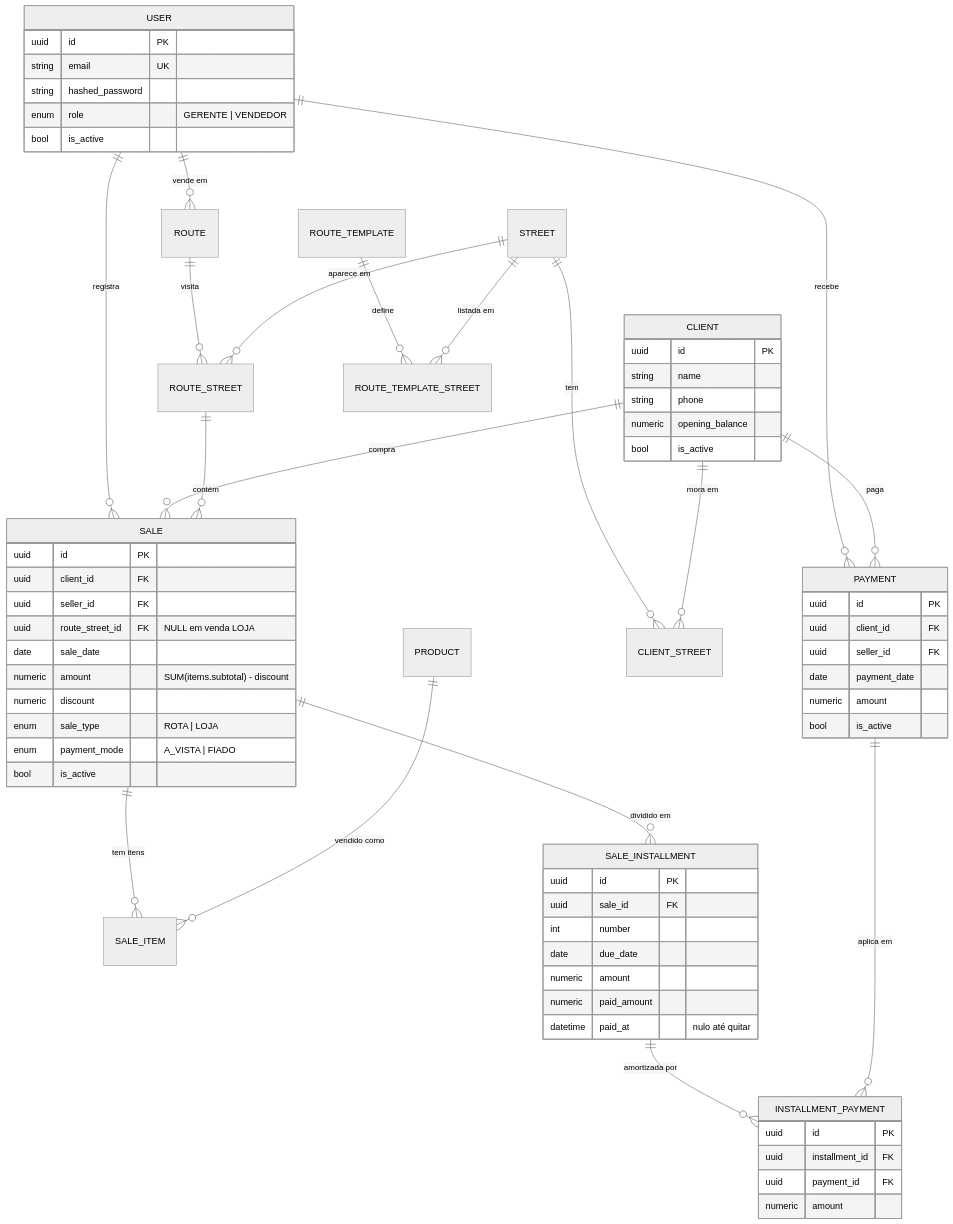
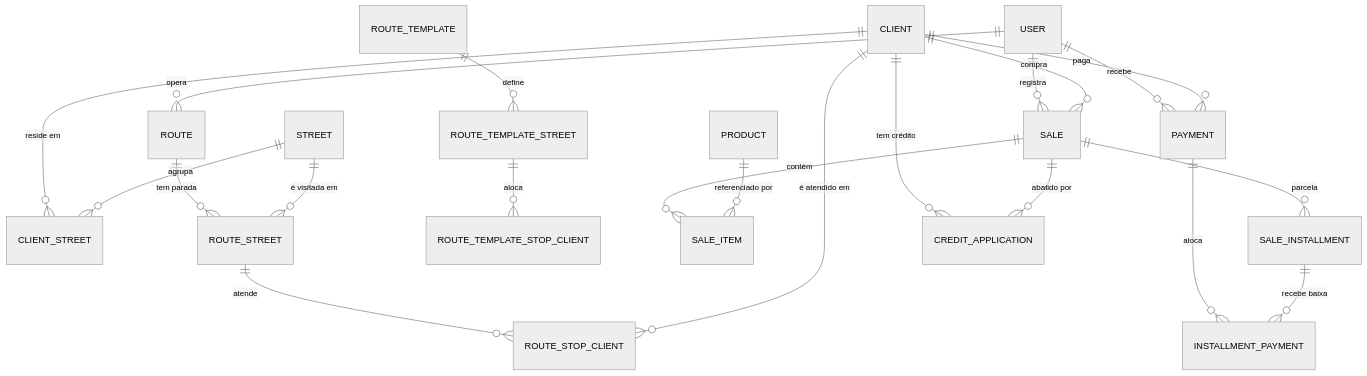
The second of 5 diagrams in ARCHITECTURE.md (Ednaniajundiai/RotaVenda-Portfolio), drawn with Mermaid (neutral theme) before and after one commit. The commit also changed other lines of this file and 185 other files, not shown here.

````diff
--- a/ARCHITECTURE.md
+++ b/ARCHITECTURE.md
@@ -52,70 +58,29 @@
 ```mermaid
 erDiagram
-    USER ||--o{ ROUTE : "vende em"
-    USER ||--o{ SALE : "registra"
-    USER ||--o{ PAYMENT : "recebe"
-    STREET ||--o{ CLIENT_STREET : "tem"
-    CLIENT ||--o{ CLIENT_STREET : "mora em"
-    ROUTE ||--o{ ROUTE_STREET : "visita"
-    STREET ||--o{ ROUTE_STREET : "aparece em"
-    ROUTE_TEMPLATE ||--o{ ROUTE_TEMPLATE_STREET : "define"
-    STREET ||--o{ ROUTE_TEMPLATE_STREET : "listada em"
-    CLIENT ||--o{ SALE : "compra"
-    ROUTE_STREET ||--o{ SALE : "contém"
-    SALE ||--o{ SALE_ITEM : "tem itens"
-    PRODUCT ||--o{ SALE_ITEM : "vendido como"
-    SALE ||--o{ SALE_INSTALLMENT : "dividido em"
-    SALE_INSTALLMENT ||--o{ INSTALLMENT_PAYMENT : "amortizada por"
-    PAYMENT ||--o{ INSTALLMENT_PAYMENT : "aplica em"
-    CLIENT ||--o{ PAYMENT : "paga"
+    USER ||--o{ ROUTE : opera
+    USER ||--o{ SALE : registra
+    USER ||--o{ PAYMENT : recebe
 
-    USER {
-        uuid id PK
-        string email UK
-        string hashed_password
-        enum role "GERENTE | VENDEDOR"
-        bool is_active
-    }
-    CLIENT {
-        uuid id PK
-        string name
-        string phone
-        numeric opening_balance
-        bool is_active
-    }
-    SALE {
-        uuid id PK
-        uuid client_id FK
-        uuid seller_id FK
-        uuid route_street_id FK "NULL em venda LOJA"
-        date sale_date
-        numeric amount "SUM(items.subtotal) - discount"
-        numeric discount
-        enum sale_type "ROTA | LOJA"
-        enum payment_mode "A_VISTA | FIADO"
-        bool is_active
-    }
-    SALE_INSTALLMENT {
-        uuid id PK
-        uuid sale_id FK
-        int number
-        date due_date
-        numeric amount
-        numeric paid_amount
-        datetime paid_at "nulo até quitar"
-    }
-    PAYMENT {
-        uuid id PK
-        uuid client_id FK
-        uuid seller_id FK
-        date payment_date
-        numeric amount
-        bool is_active
-    }
-    INSTALLMENT_PAYMENT {
-        uuid id PK
-        uuid installment_id FK
-        uuid payment_id FK
-        numeric amount
-    }
+    CLIENT ||--o{ CLIENT_STREET : "reside em"
+    STREET ||--o{ CLIENT_STREET : agrupa
+
+    ROUTE ||--o{ ROUTE_STREET : "tem parada"
+    STREET ||--o{ ROUTE_STREET : "é visitada em"
+    ROUTE_STREET ||--o{ ROUTE_STOP_CLIENT : "atende"
+    CLIENT ||--o{ ROUTE_STOP_CLIENT : "é atendido em"
+
+    ROUTE_TEMPLATE ||--o{ ROUTE_TEMPLATE_STREET : define
+    ROUTE_TEMPLATE_STREET ||--o{ ROUTE_TEMPLATE_STOP_CLIENT : aloca
+
+    CLIENT ||--o{ SALE : compra
+    SALE ||--o{ SALE_ITEM : contém
+    PRODUCT ||--o{ SALE_ITEM : "referenciado por"
+    SALE ||--o{ SALE_INSTALLMENT : parcela
+
+    CLIENT ||--o{ PAYMENT : paga
+    PAYMENT ||--o{ INSTALLMENT_PAYMENT : aloca
+    SALE_INSTALLMENT ||--o{ INSTALLMENT_PAYMENT : "recebe baixa"
+
+    CLIENT ||--o{ CREDIT_APPLICATION : "tem crédito"
+    SALE ||--o{ CREDIT_APPLICATION : "abatido por"
 ```
````
